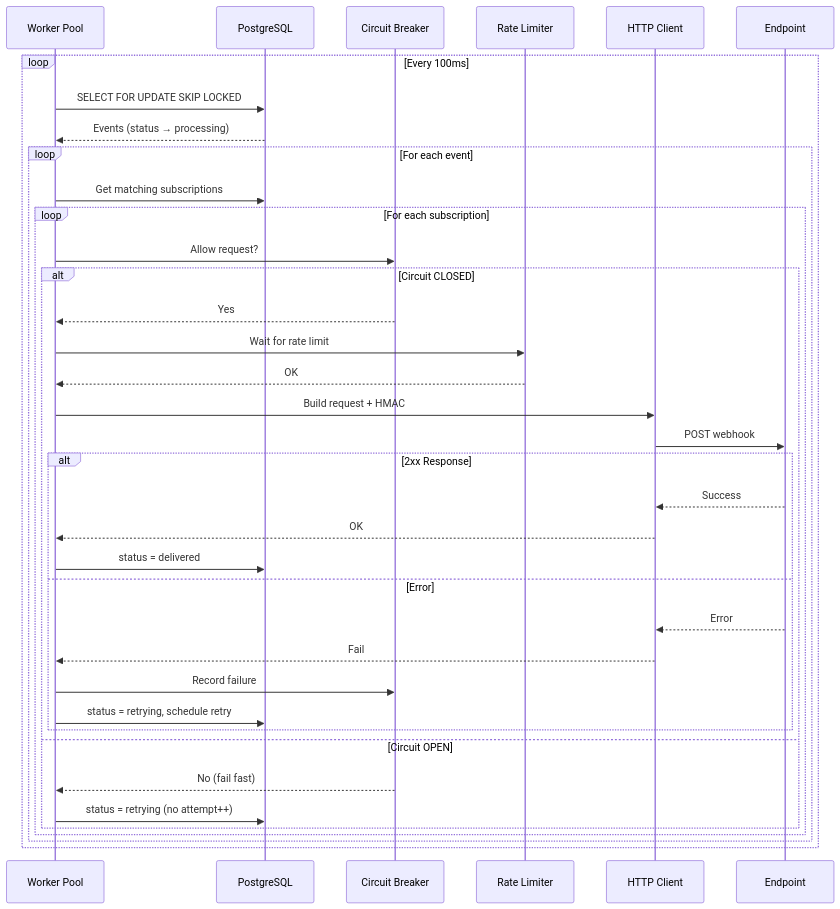
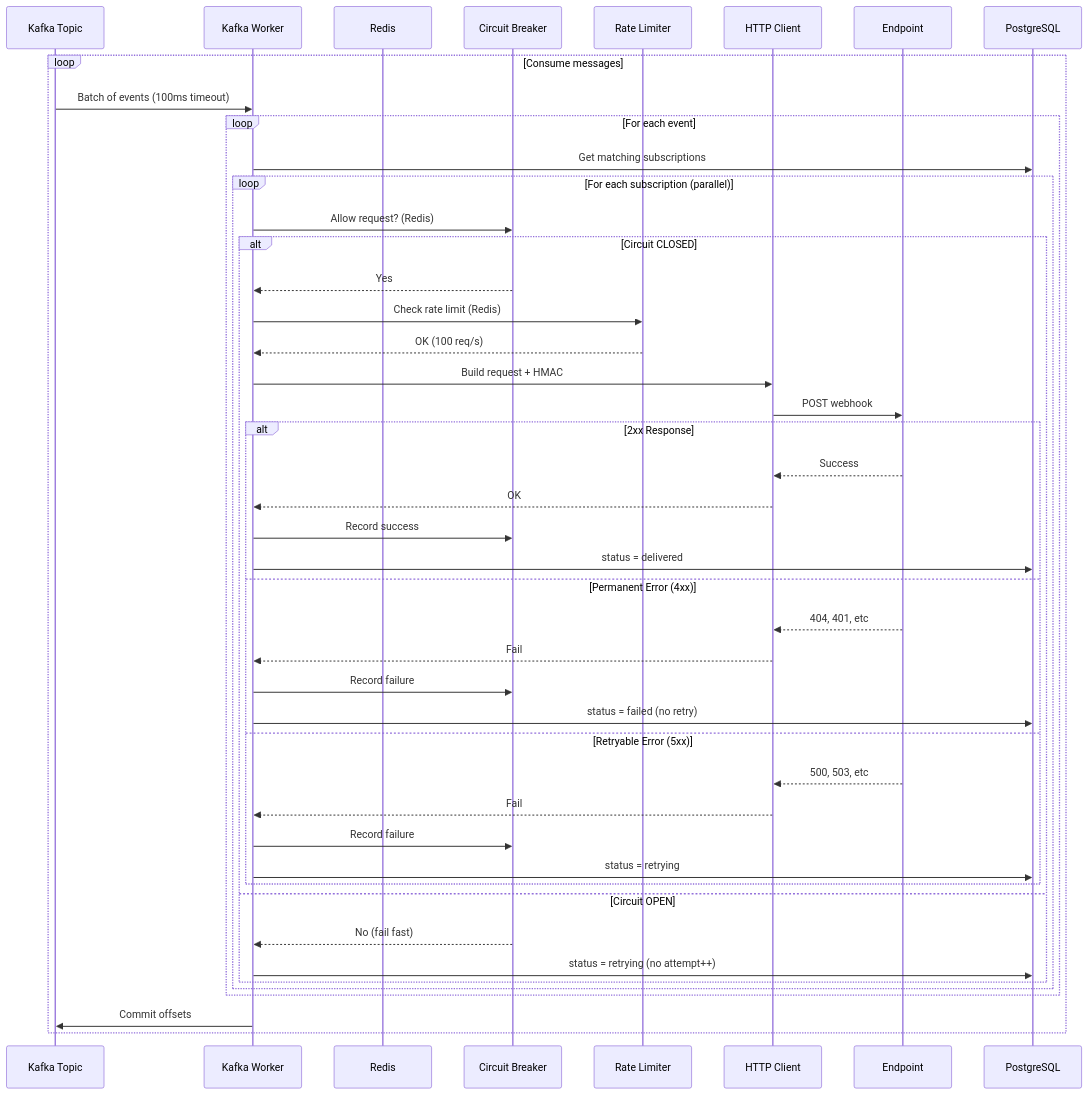
Before and after one commit to felipepmaragno/webhook-service: the fourth of 11 diagrams in docs/architecture.md, drawn with Mermaid. The commit also changed other lines of this file and 2 other files, not shown here.

First line of the commit message:
docs: update documentation for Kafka architecture and intelligent retry

````diff
--- a/docs/architecture.md
+++ b/docs/architecture.md
@@ -131,45 +139,54 @@
 ```mermaid
 sequenceDiagram
-    participant Pool as Worker Pool
-    participant DB as PostgreSQL
+    participant Kafka as Kafka Topic
+    participant Worker as Kafka Worker
+    participant Redis as Redis
     participant CB as Circuit Breaker
     participant RL as Rate Limiter
     participant HTTP as HTTP Client
     participant Endpoint
+    participant DB as PostgreSQL
 
-    loop Every 100ms
-        Pool->>DB: SELECT FOR UPDATE SKIP LOCKED
-        DB-->>Pool: Events (status → processing)
+    loop Consume messages
+        Kafka->>Worker: Batch of events (100ms timeout)
         
         loop For each event
-            Pool->>DB: Get matching subscriptions
+            Worker->>DB: Get matching subscriptions
             
-            loop For each subscription
-                Pool->>CB: Allow request?
+            loop For each subscription (parallel)
+                Worker->>CB: Allow request? (Redis)
                 
                 alt Circuit CLOSED
-                    CB-->>Pool: Yes
-                    Pool->>RL: Wait for rate limit
-                    RL-->>Pool: OK
-                    Pool->>HTTP: Build request + HMAC
+                    CB-->>Worker: Yes
+                    Worker->>RL: Check rate limit (Redis)
+                    RL-->>Worker: OK (100 req/s)
+                    Worker->>HTTP: Build request + HMAC
                     HTTP->>Endpoint: POST webhook
                     
                     alt 2xx Response
                         Endpoint-->>HTTP: Success
-                        HTTP-->>Pool: OK
-                        Pool->>DB: status = delivered
-                    else Error
-                        Endpoint-->>HTTP: Error
-                        HTTP-->>Pool: Fail
-                        Pool->>CB: Record failure
-                        Pool->>DB: status = retrying, schedule retry
+                        HTTP-->>Worker: OK
+                        Worker->>CB: Record success
+                        Worker->>DB: status = delivered
+                    else Permanent Error (4xx)
+                        Endpoint-->>HTTP: 404, 401, etc
+                        HTTP-->>Worker: Fail
+                        Worker->>CB: Record failure
+                        Worker->>DB: status = failed (no retry)
+                    else Retryable Error (5xx)
+                        Endpoint-->>HTTP: 500, 503, etc
+                        HTTP-->>Worker: Fail
+                        Worker->>CB: Record failure
+                        Worker->>DB: status = retrying
                     end
                     
                 else Circuit OPEN
-                    CB-->>Pool: No (fail fast)
-                    Pool->>DB: status = retrying (no attempt++)
+                    CB-->>Worker: No (fail fast)
+                    Worker->>DB: status = retrying (no attempt++)
                 end
             end
         end
+        
+        Worker->>Kafka: Commit offsets
     end
 ```
````
